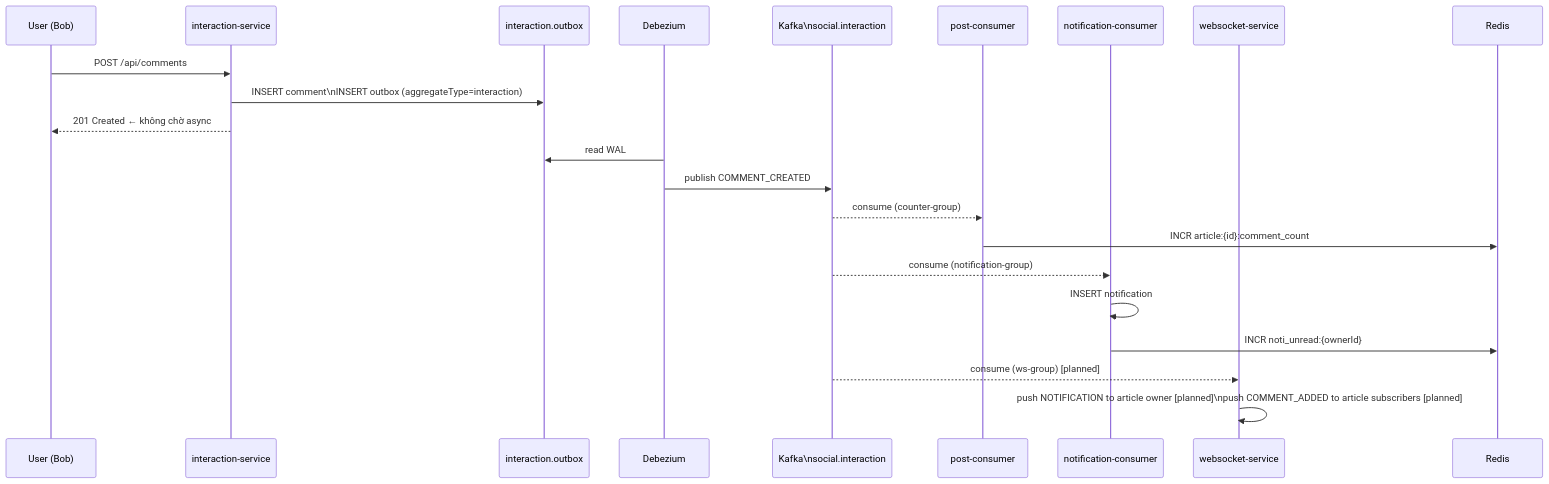
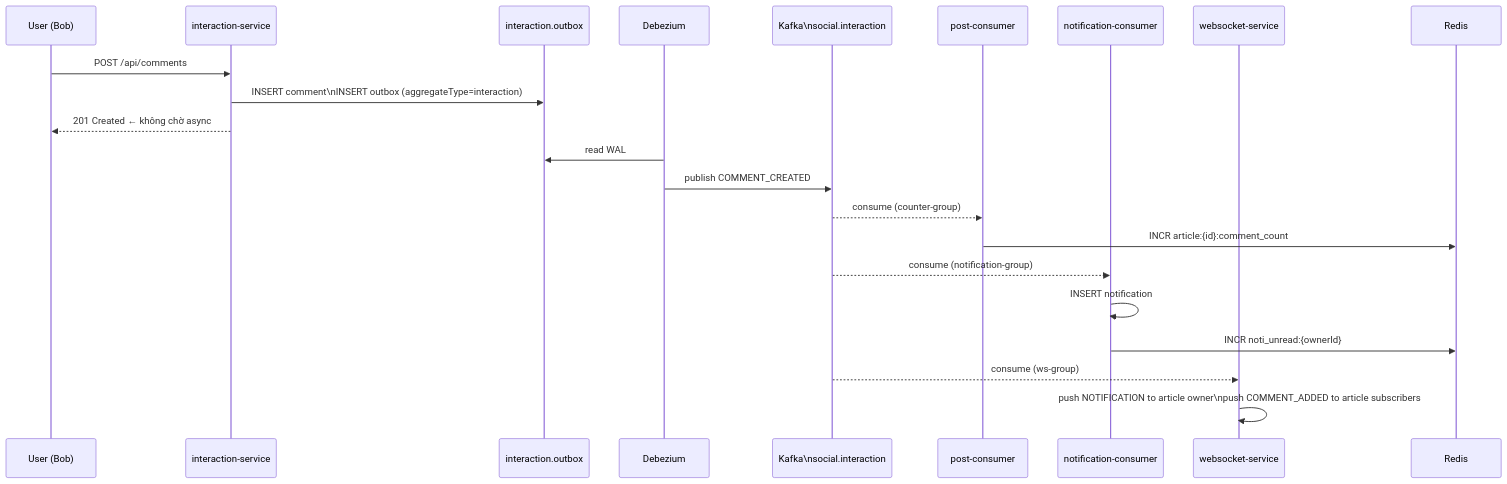
Before and after one commit to nguyen-tri-nhan/mini-social-network: the fourth of 6 diagrams in specs/be-overview.md, drawn with Mermaid. The commit also changed other lines of this file and 14 other files, not shown here.

````diff
--- a/specs/be-overview.md
+++ b/specs/be-overview.md
@@ -171,29 +171,29 @@
 ```mermaid
 sequenceDiagram
     participant U as User (Bob)
     participant IS as interaction-service
     participant DB as interaction.outbox
     participant DEZ as Debezium
     participant K as Kafka\nsocial.interaction
     participant PC as post-consumer
     participant NC as notification-consumer
     participant WS as websocket-service
     participant R as Redis
 
     U->>IS: POST /api/comments
     IS->>DB: INSERT comment\nINSERT outbox (aggregateType=interaction)
     IS-->>U: 201 Created ← không chờ async
 
     DEZ->>DB: read WAL
     DEZ->>K: publish COMMENT_CREATED
 
     K-->>PC: consume (counter-group)
     PC->>R: INCR article:{id}:comment_count
 
     K-->>NC: consume (notification-group)
     NC->>NC: INSERT notification
     NC->>R: INCR noti_unread:{ownerId}
 
-    K-->>WS: consume (ws-group) [planned]
-    WS->>WS: push NOTIFICATION to article owner [planned]\npush COMMENT_ADDED to article subscribers [planned]
+    K-->>WS: consume (ws-group)
+    WS->>WS: push NOTIFICATION to article owner\npush COMMENT_ADDED to article subscribers
 ```
````
